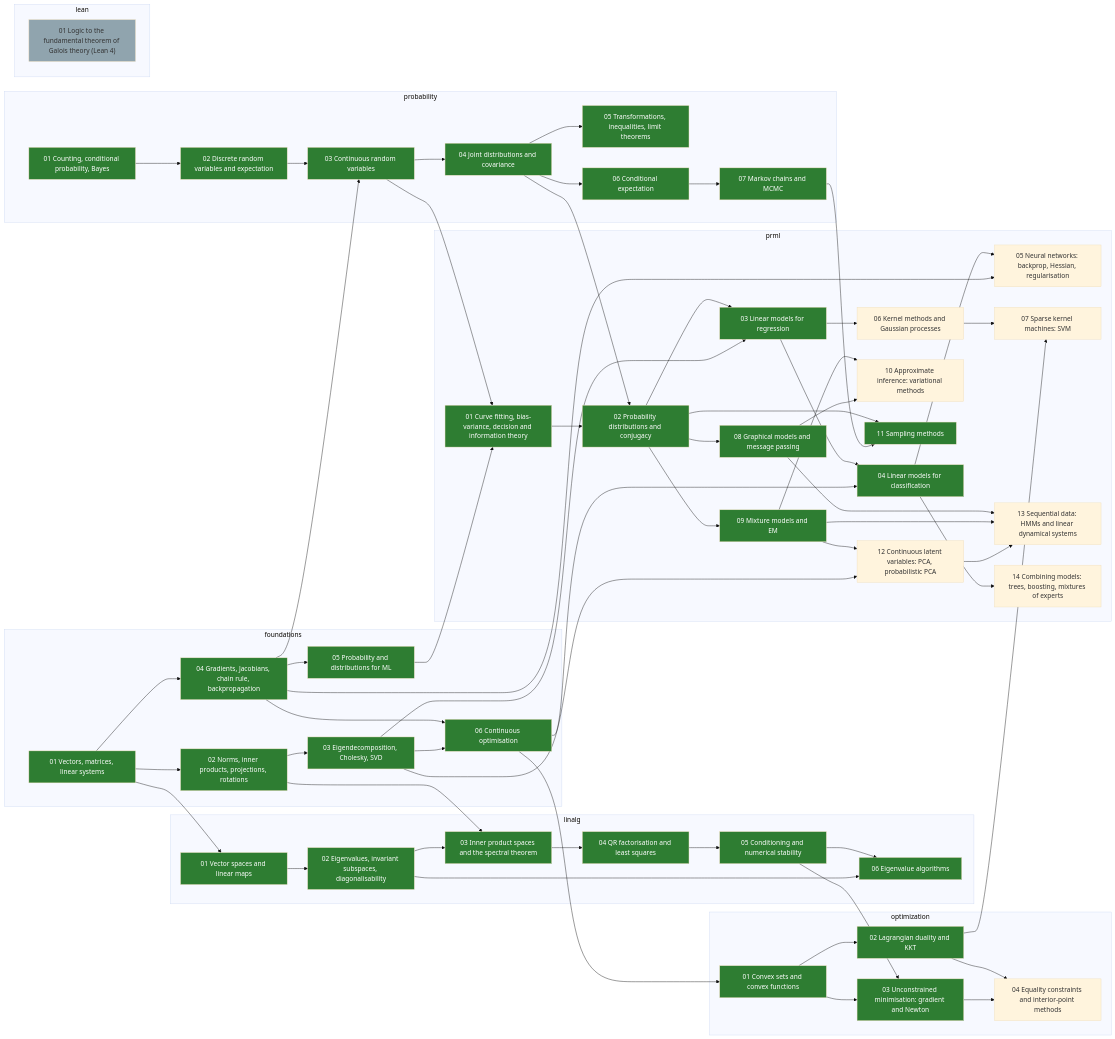
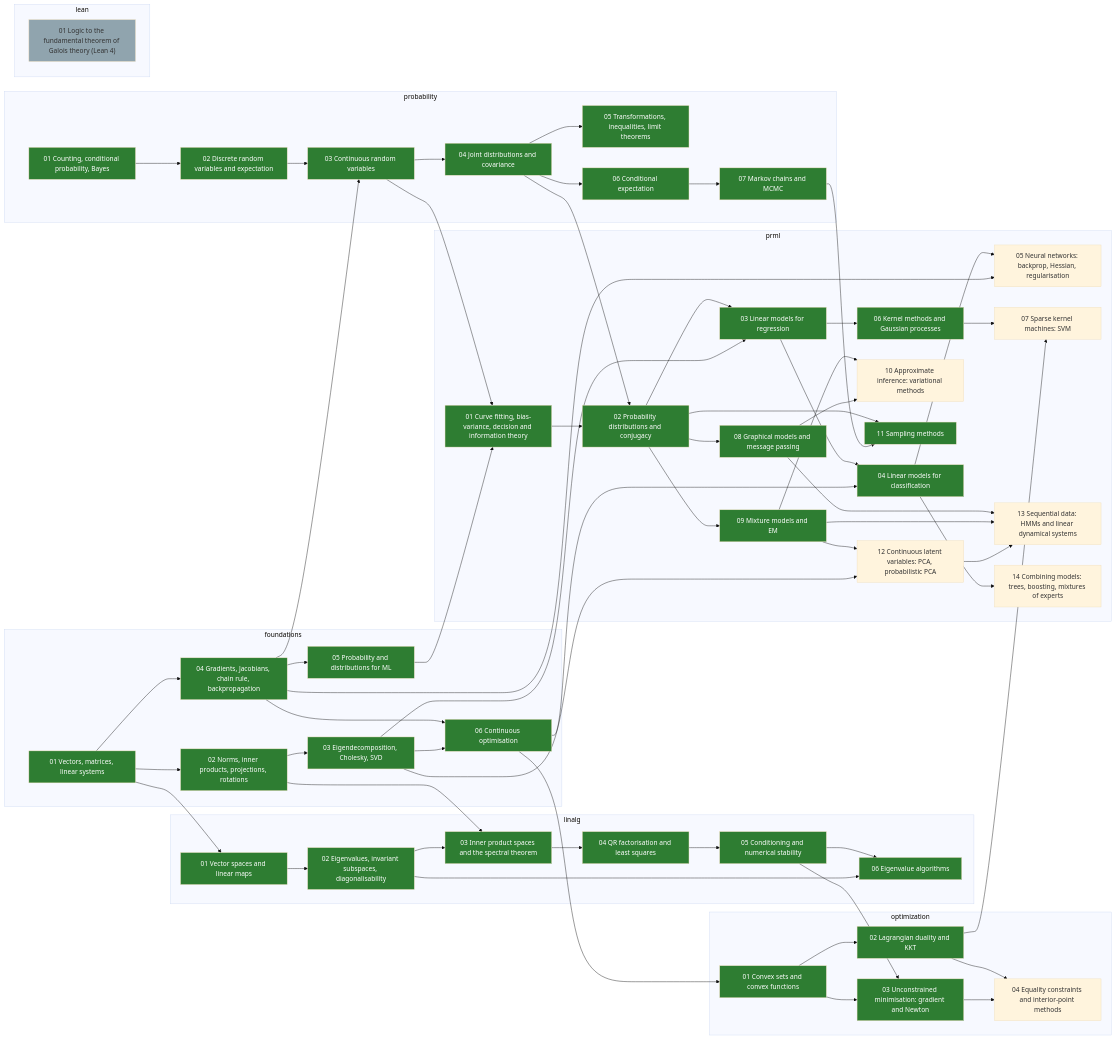
One commit to alektebel/learn-stuff-from-scratch changed the diagram in skill-tree/README.md. Above: the diagram before and after it, drawn with Mermaid (base theme). The commit also changed other lines of this file and 8 other files, not shown here.

First line of the commit message:
math: build prml-06-kernels-gps

```diff
--- a/skill-tree/README.md
+++ b/skill-tree/README.md
@@ -106,7 +106,7 @@
     prml-03-linear-regression["03 Linear models for regression"]:::done
     prml-04-linear-classification["04 Linear models for classification"]:::done
     prml-05-neural-networks["05 Neural networks: backprop, Hessian, regularisation"]
-    prml-06-kernels-gps["06 Kernel methods and Gaussian processes"]
+    prml-06-kernels-gps["06 Kernel methods and Gaussian processes"]:::done
     prml-07-svm["07 Sparse kernel machines: SVM"]
     prml-08-graphical-models["08 Graphical models and message passing"]:::done
     prml-09-mixtures-em["09 Mixture models and EM"]:::done
```
